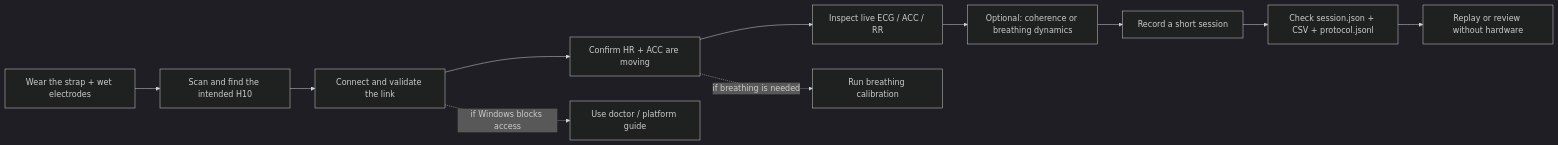
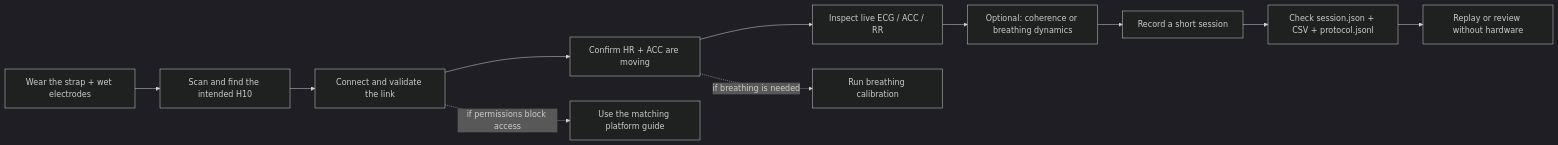
Before and after one commit to MesmerPrism/PolarH10: the diagram in docs/diagrams/first-session-flow.mmd, drawn with Mermaid (dark theme). The commit also changed 38 other files, not shown here.

```diff
--- a/docs/diagrams/first-session-flow.mmd
+++ b/docs/diagrams/first-session-flow.mmd
@@ -1,13 +1,13 @@
 flowchart LR
     S["Wear the strap + wet electrodes"]
     S --> A["Scan and find the intended H10"]
     A --> B["Connect and validate the link"]
     B --> C["Confirm HR + ACC are moving"]
     C --> D["Inspect live ECG / ACC / RR"]
     D --> E["Optional: coherence or breathing dynamics"]
     E --> F["Record a short session"]
     F --> G["Check session.json + CSV + protocol.jsonl"]
     G --> H["Replay or review without hardware"]
 
-    B -. if Windows blocks access .-> I["Use doctor / platform guide"]
+    B -. if permissions block access .-> I["Use the matching platform guide"]
     C -. if breathing is needed .-> J["Run breathing calibration"]
```
